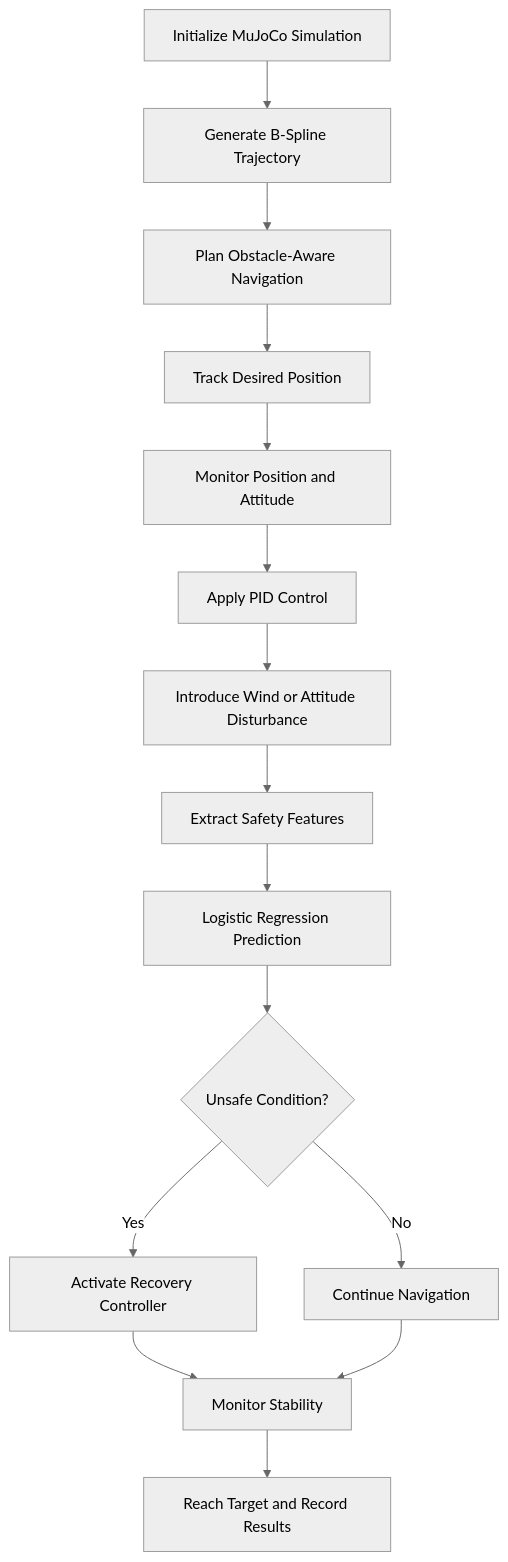
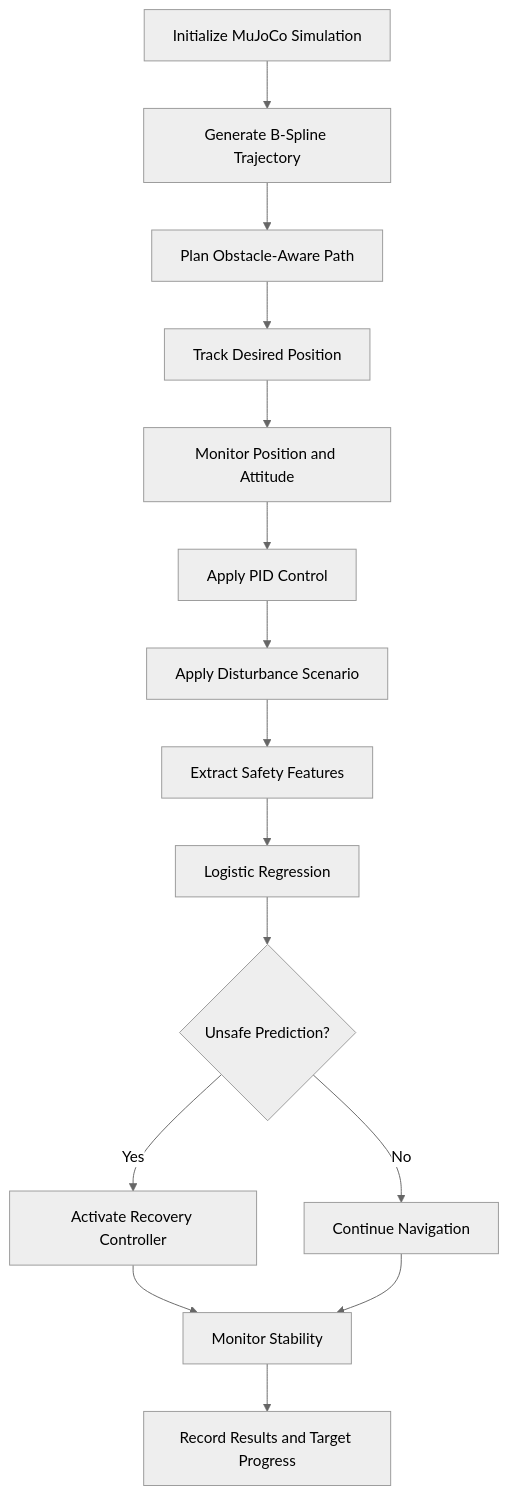
The diagram in README.md (myagi548/Drones_S5_AB14_BSpline_PID_ML_Safety), drawn with Mermaid (neutral theme) before and after one commit. The commit also changed other lines of this file, not shown here.

Commit message:
Add drone simulation results and update README

````diff
--- a/README.md
+++ b/README.md
@@ -69,17 +68,17 @@
 ```mermaid
 flowchart TD
     A[Initialize MuJoCo Simulation] --> B[Generate B-Spline Trajectory]
-    B --> C[Plan Obstacle-Aware Navigation]
+    B --> C[Plan Obstacle-Aware Path]
     C --> D[Track Desired Position]
     D --> E[Monitor Position and Attitude]
     E --> F[Apply PID Control]
-    F --> G[Introduce Wind or Attitude Disturbance]
+    F --> G[Apply Disturbance Scenario]
     G --> H[Extract Safety Features]
-    H --> I[Logistic Regression Prediction]
-    I --> J{Unsafe Condition?}
+    H --> I[Logistic Regression]
+    I --> J{Unsafe Prediction?}
     J -- Yes --> K[Activate Recovery Controller]
     J -- No --> L[Continue Navigation]
     K --> M[Monitor Stability]
     L --> M
-    M --> N[Reach Target and Record Results]
+    M --> N[Record Results and Target Progress]
 ```
````
